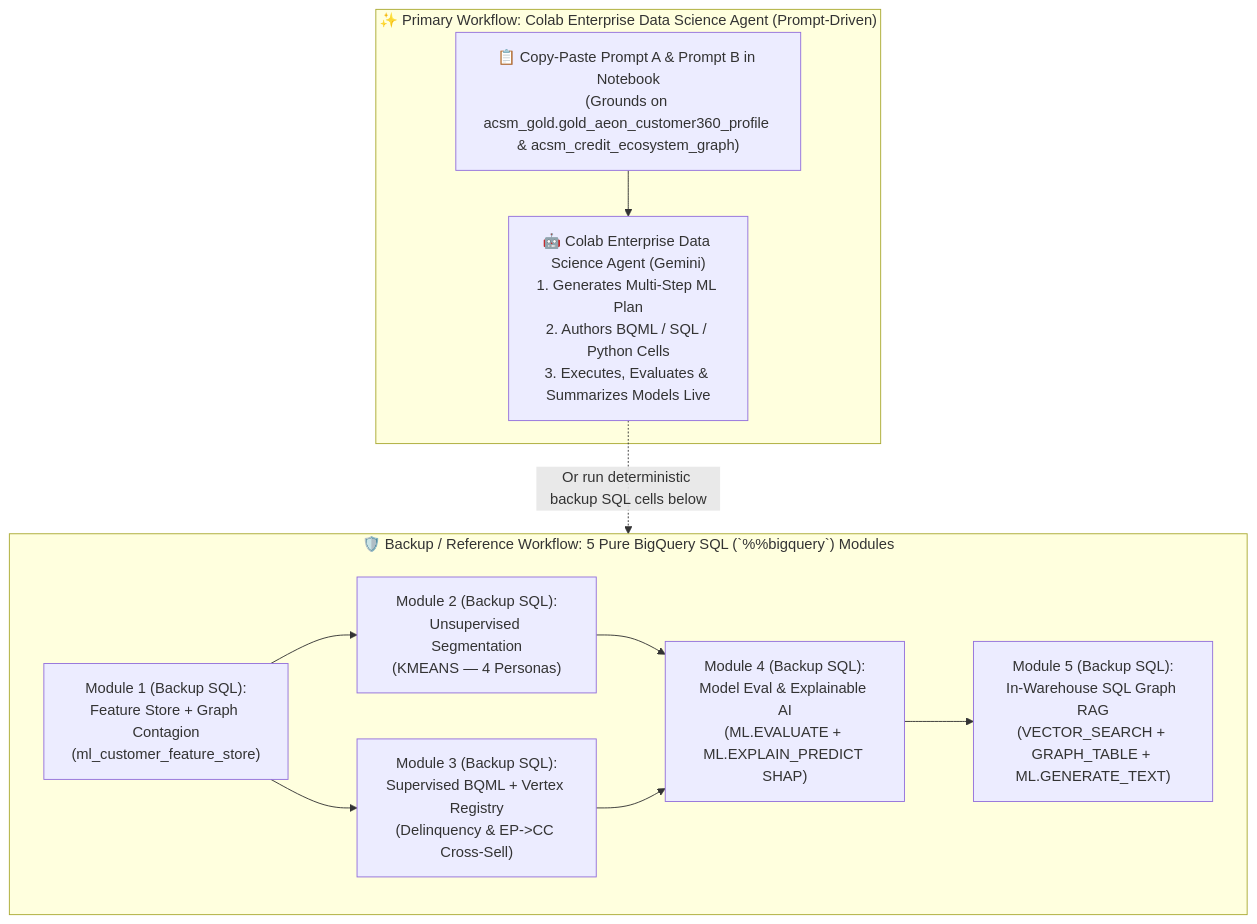
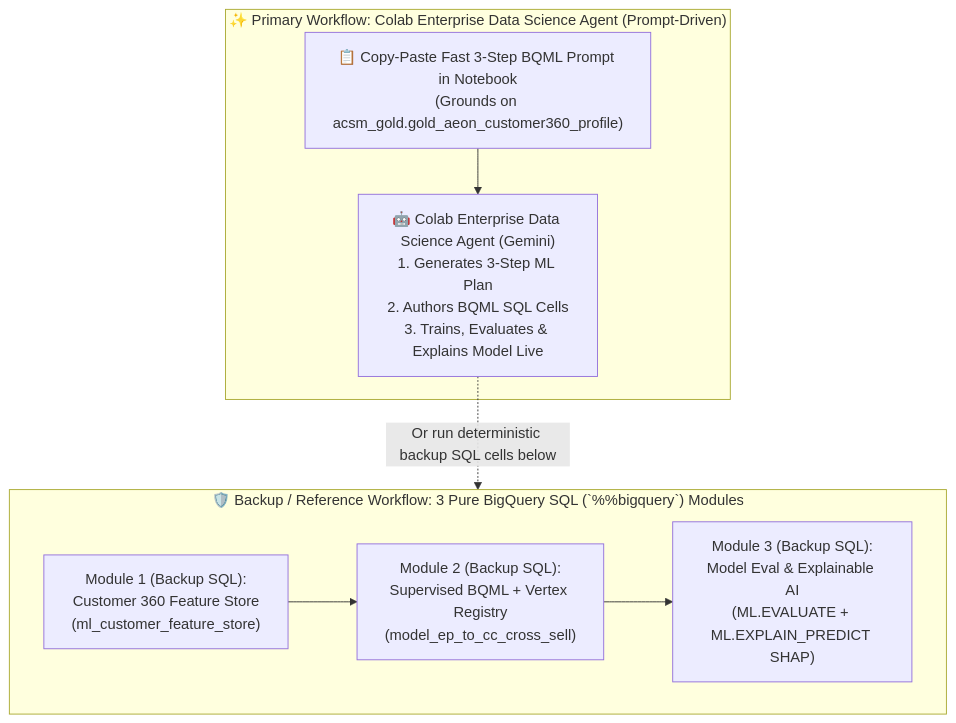
One commit to arvind-dhariwal/aeon-credit-gcp-workshop changed the diagram in track2_ml_development/walkthroughs/01_BigQuery_ML_Credit_Risk_CrossSell_and_GraphRAG_Walkthrough.md. Above: the diagram before and after it, drawn with Mermaid. The commit also changed other lines of this file and 15 other files, not shown here.

Commit message:
Update notebook headers/images, self-healing Gold Customer 360 schema, and streamline Track 2 BQML Next-Best-Product pipeline

````diff
--- a/track2_ml_development/walkthroughs/01_BigQuery_ML_Credit_Risk_CrossSell_and_GraphRAG_Walkthrough.md
+++ b/track2_ml_development/walkthroughs/01_BigQuery_ML_Credit_Risk_CrossSell_and_GraphRAG_Walkthrough.md
@@ -23,20 +25,18 @@
 ```mermaid
 flowchart TB
   subgraph PRIMARY["✨ Primary Workflow: Colab Enterprise Data Science Agent (Prompt-Driven)"]
-    PROMPT["📋 Copy-Paste Prompt A & Prompt B in Notebook\n(Grounds on acsm_gold.gold_aeon_customer360_profile & acsm_credit_ecosystem_graph)"]
-    AGENT["🤖 Colab Enterprise Data Science Agent (Gemini)\n1. Generates Multi-Step ML Plan\n2. Authors BQML / SQL / Python Cells\n3. Executes, Evaluates & Summarizes Models Live"]
+    PROMPT["📋 Copy-Paste Fast 3-Step BQML Prompt in Notebook\n(Grounds on acsm_gold.gold_aeon_customer360_profile)"]
+    AGENT["🤖 Colab Enterprise Data Science Agent (Gemini)\n1. Generates 3-Step ML Plan\n2. Authors BQML SQL Cells\n3. Trains, Evaluates & Explains Model Live"]
     PROMPT --> AGENT
   end
 
-  subgraph BACKUP["🛡️ Backup / Reference Workflow: 5 Pure BigQuery SQL (`%%bigquery`) Modules"]
+  subgraph BACKUP["🛡️ Backup / Reference Workflow: 3 Pure BigQuery SQL (`%%bigquery`) Modules"]
     direction LR
-    M1["Module 1 (Backup SQL):\nFeature Store + Graph Contagion\n(ml_customer_feature_store)"]
-    M2["Module 2 (Backup SQL):\nUnsupervised Segmentation\n(KMEANS — 4 Personas)"]
-    M3["Module 3 (Backup SQL):\nSupervised BQML + Vertex Registry\n(Delinquency & EP->CC Cross-Sell)"]
-    M4["Module 4 (Backup SQL):\nModel Eval & Explainable AI\n(ML.EVALUATE + ML.EXPLAIN_PREDICT SHAP)"]
-    M5["Module 5 (Backup SQL):\nIn-Warehouse SQL Graph RAG\n(VECTOR_SEARCH + GRAPH_TABLE + ML.GENERATE_TEXT)"]
-    M1 --> M2 & M3 --> M4 --> M5
+    M1["Module 1 (Backup SQL):\nCustomer 360 Feature Store\n(ml_customer_feature_store)"]
+    M2["Module 2 (Backup SQL):\nSupervised BQML + Vertex Registry\n(model_ep_to_cc_cross_sell)"]
+    M3["Module 3 (Backup SQL):\nModel Eval & Explainable AI\n(ML.EVALUATE + ML.EXPLAIN_PREDICT SHAP)"]
+    M1 --> M2 --> M3
   end
 
   AGENT -. "Or run deterministic backup SQL cells below" .-> BACKUP
 ```
````
